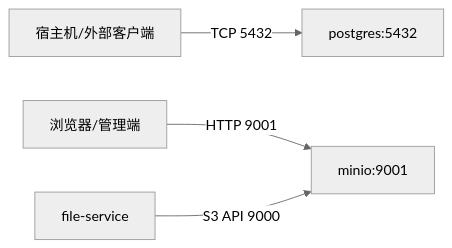
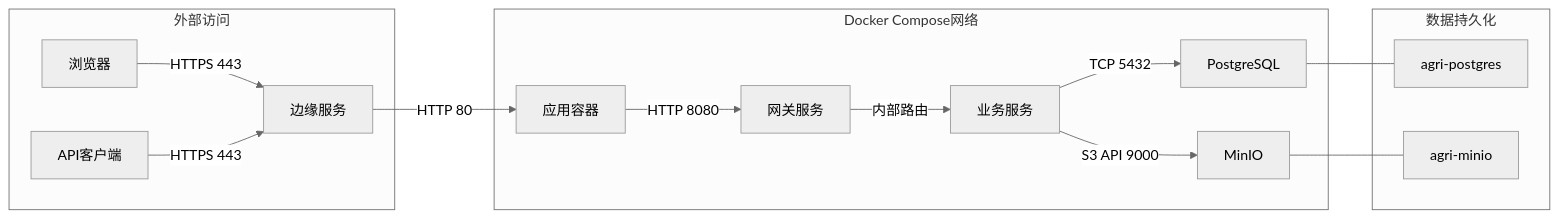
The third of 3 diagrams in .qoder/repowiki/zh/content/基础设施/Docker编排.md (q446328246/agri-platform), drawn with Mermaid (neutral theme) before and after one commit. The commit also changed other lines of this file and 110 other files, not shown here.

````diff
--- a/.qoder/repowiki/zh/content/基础设施/Docker编排.md
+++ b/.qoder/repowiki/zh/content/基础设施/Docker编排.md
@@ -193,6 +239,18 @@
 ```mermaid
 graph LR
-Client["宿主机/外部客户端"] --> |TCP 5432| PG["postgres:5432"]
-Dev["浏览器/管理端"] --> |HTTP 9001| MC["minio:9001"]
-App["file-service"] --> |S3 API 9000| MC
+subgraph "外部访问"
+Browser["浏览器"] --> |HTTPS 443| Edge["边缘服务"]
+API["API客户端"] --> |HTTPS 443| Edge
+end
+subgraph "Docker Compose网络"
+Edge --> |HTTP 80| App["应用容器"]
+App --> |HTTP 8080| Gateway["网关服务"]
+Gateway --> |内部路由| Services["业务服务"]
+Services --> |TCP 5432| Postgres["PostgreSQL"]
+Services --> |S3 API 9000| MinIO["MinIO"]
+end
+subgraph "数据持久化"
+Postgres --- VPG["agri-postgres"]
+MinIO --- VMINIO["agri-minio"]
+end
 ```
````
